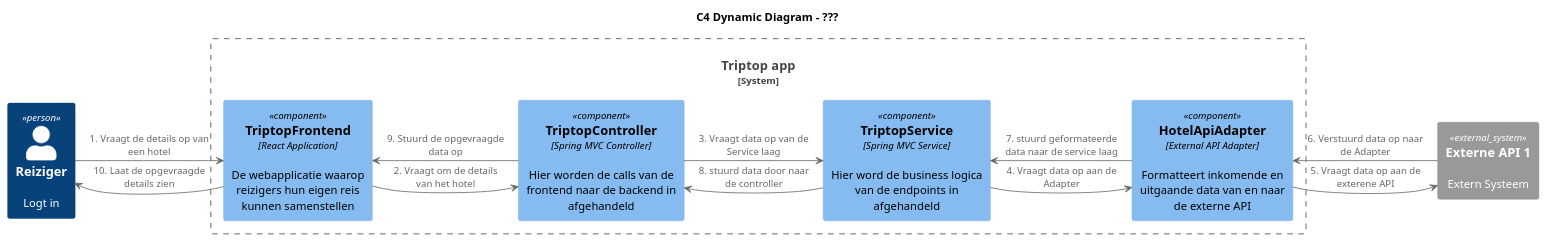
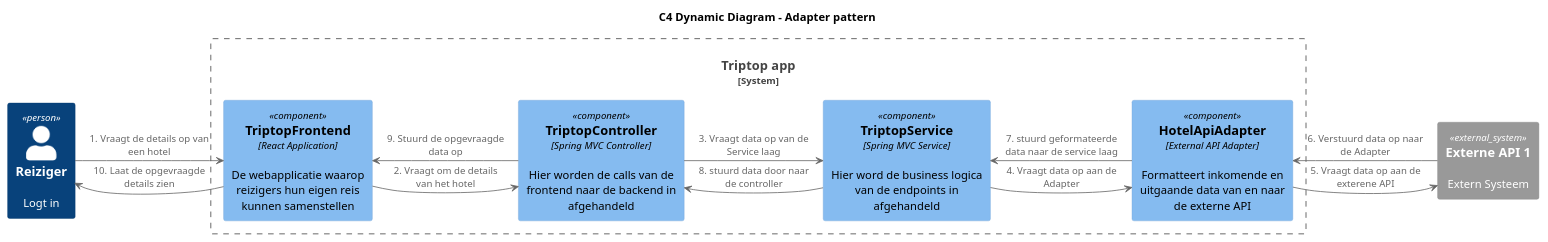
Before and after one commit to AIM-ENE-feb25/triptop-peak-performers-groep-1: the diagram in Jamiro/Dynmamische-Diagrammen/C4-Dynamisch-Component-Diagram-Jamiro.puml, drawn with PlantUML. The commit also changed 3 other files, not shown here.

```diff
--- a/Jamiro/Dynmamische-Diagrammen/C4-Dynamisch-Component-Diagram-Jamiro.puml
+++ b/Jamiro/Dynmamische-Diagrammen/C4-Dynamisch-Component-Diagram-Jamiro.puml
@@ -1,34 +1,34 @@
 @startuml
 !include <C4/C4_Component>
 
-title C4 Dynamic Diagram - ???
+title C4 Dynamic Diagram - Adapter pattern
 
 LAYOUT_TOP_DOWN()
 Person(User, "Reiziger", "Logt in")
 System_Boundary(Webapp, "Triptop app") {
     'frontend
     Component(TriptopFrontend,TriptopFrontend,React Application,De webapplicatie waarop reizigers hun eigen reis kunnen samenstellen)
     'backend
     'controller
     Component(TriptopController,TriptopController,Spring MVC Controller, Hier worden de calls van de frontend naar de backend in afgehandeld)
     'service
     Component(TriptopService,TriptopService,Spring MVC Service,Hier word de business logica van de endpoints in afgehandeld)
     'adapter
     Component(HotelApiAdapter,HotelApiAdapter,External API Adapter,Formatteert inkomende en uitgaande data van en naar de externe API)
 }
 
 System_Ext(ExternalAPI1, "Externe API 1", "Extern Systeem", "")
 
 User -right-> TriptopFrontend: 1. Vraagt de details op van een hotel
 TriptopFrontend -right-> TriptopController: 2. Vraagt om de details van het hotel
 TriptopController -right-> TriptopService: 3. Vraagt data op van de Service laag
 TriptopService -right-> HotelApiAdapter: 4. Vraagt data op aan de Adapter
 HotelApiAdapter -right-> ExternalAPI1: 5. Vraagt data op aan de exterene API
 ExternalAPI1 -left-> HotelApiAdapter: 6. Verstuurd data op naar de Adapter
 HotelApiAdapter -left-> TriptopService: 7. stuurd geformateerde data naar de service laag
 TriptopService -left-> TriptopController: 8. stuurd data door naar de controller
 TriptopController -left-> TriptopFrontend: 9. Stuurd de opgevraagde data op
 TriptopFrontend -left-> User: 10. Laat de opgevraagde details zien
 
 
 @enduml
```
